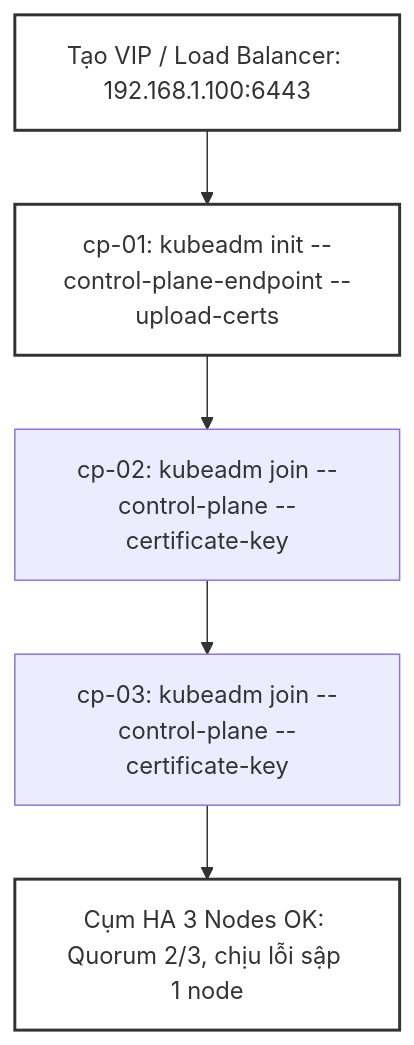
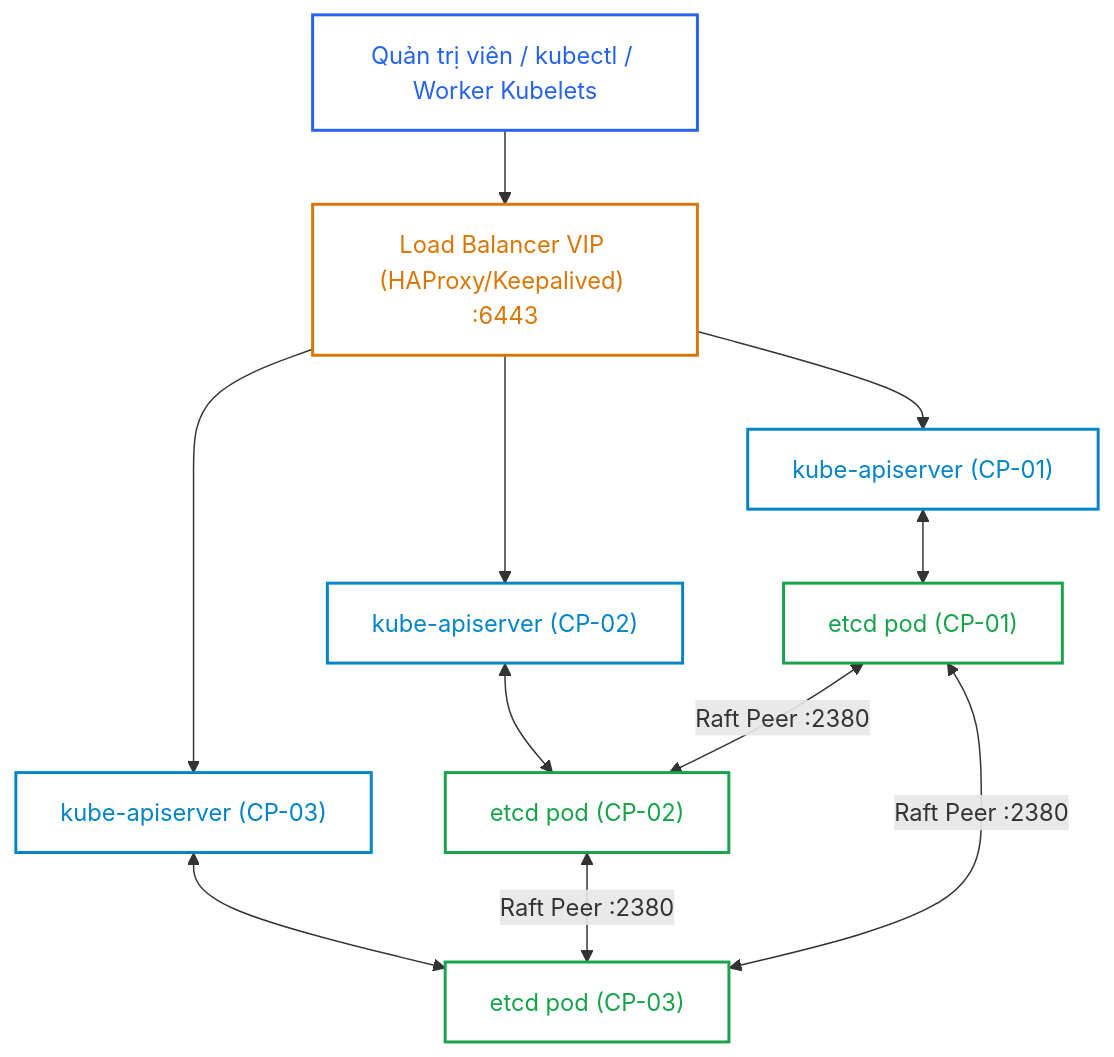
The first of 4 diagrams in _posts/2026-09-12-cka-12-12-ha-control-plane.md (kiennt308/ntk), drawn with Mermaid before and after one commit. The commit also changed other lines of this file and 39 other files, not shown here.

````diff
--- a/_posts/2026-09-12-cka-12-12-ha-control-plane.md
+++ b/_posts/2026-09-12-cka-12-12-ha-control-plane.md
@@ -372,11 +49,21 @@
 ```mermaid
-graph TD
-    A["Tạo VIP / Load Balancer: 192.168.1.100:6443"] --> B["cp-01: kubeadm init --control-plane-endpoint --upload-certs"]
-    B --> C["cp-02: kubeadm join --control-plane --certificate-key"]
-    C --> D["cp-03: kubeadm join --control-plane --certificate-key"]
-    D --> E["Cụm HA 3 Nodes OK: Quorum 2/3, chịu lỗi sập 1 node"]
+flowchart TD
+    classDef client fill:none,stroke:#2563eb,stroke-width:2px,color:#2563eb;
+    classDef lb fill:none,stroke:#d97706,stroke-width:2px,color:#d97706;
+    classDef cp fill:none,stroke:#0284c7,stroke-width:2px,color:#0284c7;
+    classDef etcd fill:none,stroke:#16a34a,stroke-width:2px,color:#16a34a;
 
-    style A fill:none,stroke:#333,stroke-width:2px
-    style B fill:none,stroke:#333,stroke-width:2px
-    style E fill:none,stroke:#333,stroke-width:2px
+    Admin["Quản trị viên / kubectl / Worker Kubelets"]:::client --> VIP["Load Balancer VIP (HAProxy/Keepalived) :6443"]:::lb
+    
+    VIP --> APISrv1["kube-apiserver (CP-01)"]:::cp
+    VIP --> APISrv2["kube-apiserver (CP-02)"]:::cp
+    VIP --> APISrv3["kube-apiserver (CP-03)"]:::cp
+
+    APISrv1 <--> ETCD1["etcd pod (CP-01)"]:::etcd
+    APISrv2 <--> ETCD2["etcd pod (CP-02)"]:::etcd
+    APISrv3 <--> ETCD3["etcd pod (CP-03)"]:::etcd
+
+    ETCD1 <-->|Raft Peer :2380| ETCD2
+    ETCD2 <-->|Raft Peer :2380| ETCD3
+    ETCD3 <-->|Raft Peer :2380| ETCD1
 ```
````
